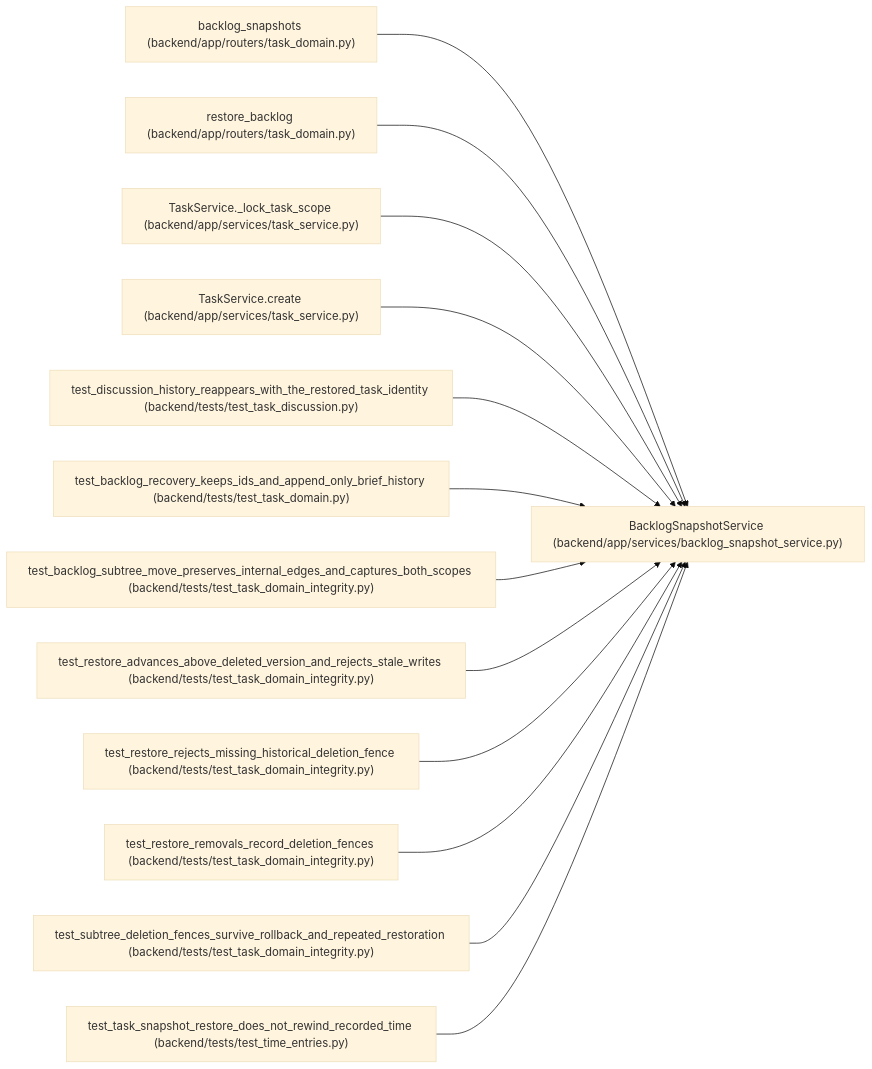
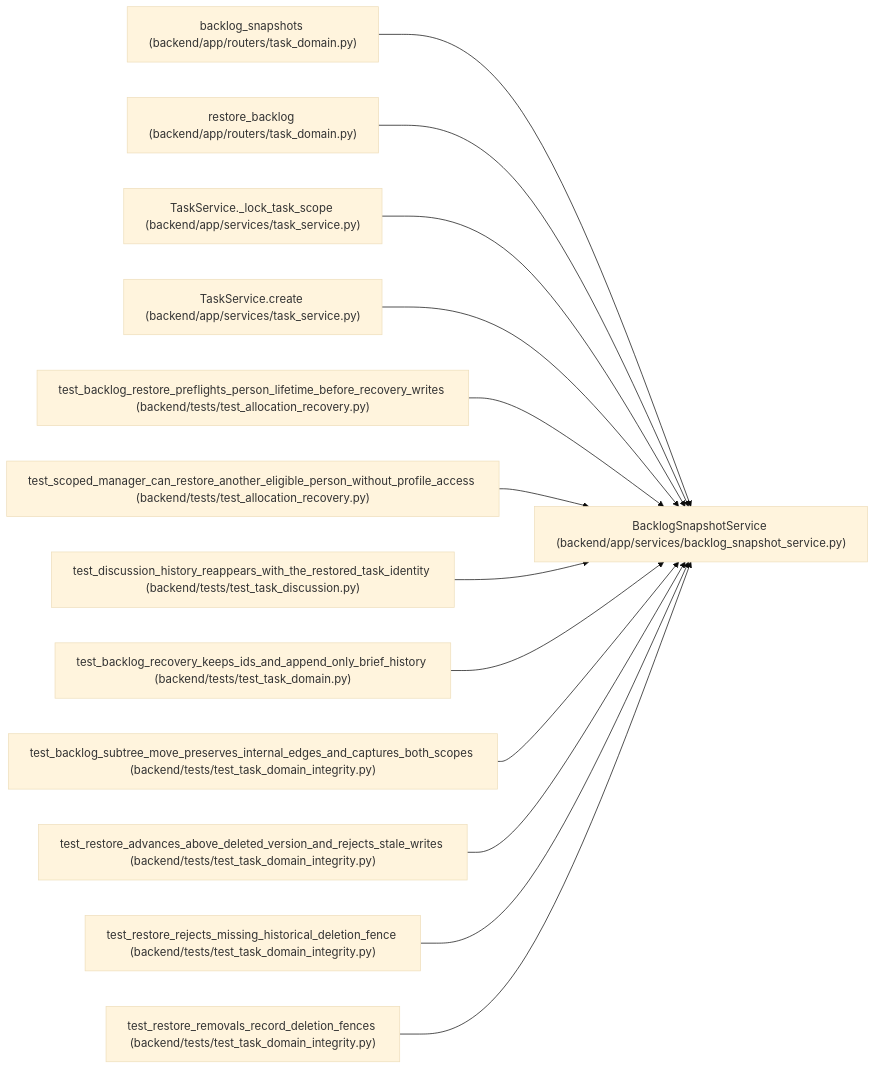
The diagram in docs/llm_wiki/entities/BacklogSnapshotService.md (Denissvgn/WorkChord), drawn with Mermaid (base theme) before and after one commit. The commit also changed other lines of this file and 10148 other files, not shown here.

First line of the commit message:
Harden identity, planning concurrency, and recovery (#11)

````diff
--- a/docs/llm_wiki/entities/BacklogSnapshotService.md
+++ b/docs/llm_wiki/entities/BacklogSnapshotService.md
@@ -30,41 +30,41 @@
 ```mermaid
 flowchart LR
     n0["BacklogSnapshotService (backend/app/services/backlog_snapshot_service.py)"]
     n1["backlog_snapshots (backend/app/routers/task_domain.py)"]
     n2["restore_backlog (backend/app/routers/task_domain.py)"]
     n3["TaskService._lock_task_scope (backend/app/services/task_service.py)"]
     n4["TaskService.create (backend/app/services/task_service.py)"]
-    n5["test_discussion_history_reappears_with_the_restored_task_identity (backend/tests/test_task_discussion.py)"]
-    n6["test_backlog_recovery_keeps_ids_and_append_only_brief_history (backend/tests/test_task_domain.py)"]
-    n7["test_backlog_subtree_move_preserves_internal_edges_and_captures_both_scopes (backend/tests/test_task_domain_integrity.py)"]
-    n8["test_restore_advances_above_deleted_version_and_rejects_stale_writes (backend/tests/test_task_domain_integrity.py)"]
-    n9["test_restore_rejects_missing_historical_deletion_fence (backend/tests/test_task_domain_integrity.py)"]
-    n10["test_restore_removals_record_deletion_fences (backend/tests/test_task_domain_integrity.py)"]
-    n11["test_subtree_deletion_fences_survive_rollback_and_repeated_restoration (backend/tests/test_task_domain_integrity.py)"]
-    n12["test_task_snapshot_restore_does_not_rewind_recorded_time (backend/tests/test_time_entries.py)"]
+    n5["test_backlog_restore_preflights_person_lifetime_before_recovery_writes (backend/tests/test_allocation_recovery.py)"]
+    n6["test_scoped_manager_can_restore_another_eligible_person_without_profile_access (backend/tests/test_allocation_recovery.py)"]
+    n7["test_discussion_history_reappears_with_the_restored_task_identity (backend/tests/test_task_discussion.py)"]
+    n8["test_backlog_recovery_keeps_ids_and_append_only_brief_history (backend/tests/test_task_domain.py)"]
+    n9["test_backlog_subtree_move_preserves_internal_edges_and_captures_both_scopes (backend/tests/test_task_domain_integrity.py)"]
+    n10["test_restore_advances_above_deleted_version_and_rejects_stale_writes (backend/tests/test_task_domain_integrity.py)"]
+    n11["test_restore_rejects_missing_historical_deletion_fence (backend/tests/test_task_domain_integrity.py)"]
+    n12["test_restore_removals_record_deletion_fences (backend/tests/test_task_domain_integrity.py)"]
     n1 --> n0
     n2 --> n0
     n3 --> n0
     n4 --> n0
     n5 --> n0
     n6 --> n0
     n7 --> n0
     n8 --> n0
     n9 --> n0
     n10 --> n0
     n11 --> n0
     n12 --> n0
     click n0 "../modules/backlog_snapshot_service.md"
     click n1 "../modules/routers_task_domain.md"
     click n2 "../modules/routers_task_domain.md"
     click n3 "../modules/task_service.md"
     click n4 "../modules/task_service.md"
-    click n5 "../modules/test_task_discussion.md"
-    click n6 "../modules/test_task_domain.md"
-    click n7 "../modules/test_task_domain_integrity.md"
-    click n8 "../modules/test_task_domain_integrity.md"
+    click n5 "../modules/test_allocation_recovery.md"
+    click n6 "../modules/test_allocation_recovery.md"
+    click n7 "../modules/test_task_discussion.md"
+    click n8 "../modules/test_task_domain.md"
     click n9 "../modules/test_task_domain_integrity.md"
     click n10 "../modules/test_task_domain_integrity.md"
     click n11 "../modules/test_task_domain_integrity.md"
-    click n12 "../modules/test_time_entries.md"
+    click n12 "../modules/test_task_domain_integrity.md"
 ```
````
